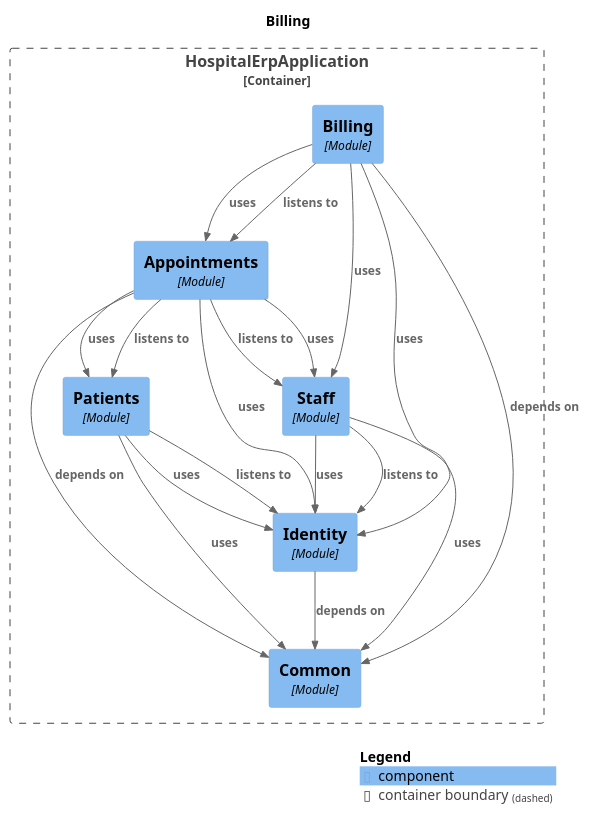
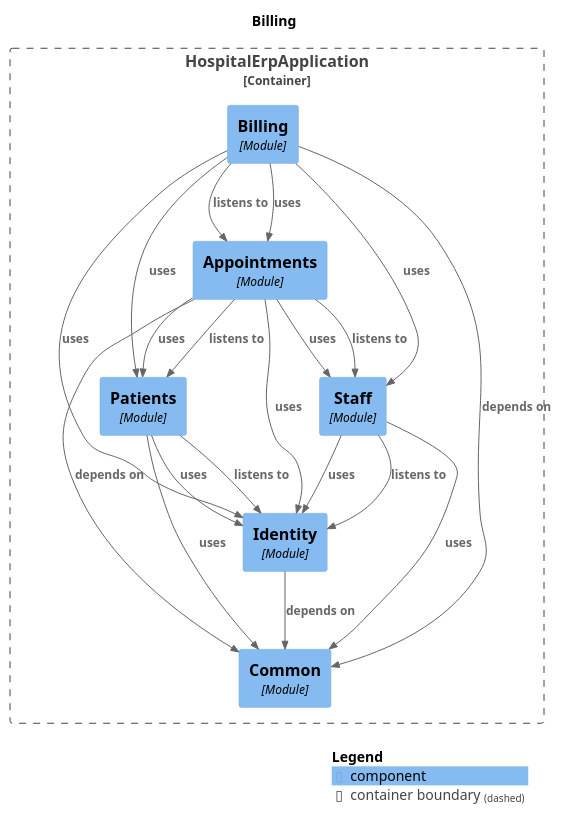
One commit to harshsharma5720/HospitalERP changed the diagram in docs/modules/module-billing.puml. Above: the diagram before and after it, drawn with PlantUML. The commit also changed 13 other files, not shown here.

```diff
--- a/docs/modules/module-billing.puml
+++ b/docs/modules/module-billing.puml
@@ -1,40 +1,41 @@
 @startuml
 set separator none
 title Billing
 
 top to bottom direction
 
 !include <C4/C4>
 !include <C4/C4_Context>
 !include <C4/C4_Component>
 
 Container_Boundary("HospitalErpApplication.HospitalErpApplication_boundary", "HospitalErpApplication", $tags="") {
   Component(HospitalErpApplication.HospitalErpApplication.Appointments, "Appointments", $techn="Module", $descr="", $tags="", $link="")
   Component(HospitalErpApplication.HospitalErpApplication.Billing, "Billing", $techn="Module", $descr="", $tags="", $link="")
   Component(HospitalErpApplication.HospitalErpApplication.Common, "Common", $techn="Module", $descr="", $tags="", $link="")
   Component(HospitalErpApplication.HospitalErpApplication.Identity, "Identity", $techn="Module", $descr="", $tags="", $link="")
   Component(HospitalErpApplication.HospitalErpApplication.Staff, "Staff", $techn="Module", $descr="", $tags="", $link="")
   Component(HospitalErpApplication.HospitalErpApplication.Patients, "Patients", $techn="Module", $descr="", $tags="", $link="")
 }
 
+Rel(HospitalErpApplication.HospitalErpApplication.Staff, HospitalErpApplication.HospitalErpApplication.Identity, "listens to", $techn="", $tags="", $link="")
+Rel(HospitalErpApplication.HospitalErpApplication.Staff, HospitalErpApplication.HospitalErpApplication.Identity, "uses", $techn="", $tags="", $link="")
+Rel(HospitalErpApplication.HospitalErpApplication.Staff, HospitalErpApplication.HospitalErpApplication.Common, "uses", $techn="", $tags="", $link="")
+Rel(HospitalErpApplication.HospitalErpApplication.Billing, HospitalErpApplication.HospitalErpApplication.Appointments, "listens to", $techn="", $tags="", $link="")
+Rel(HospitalErpApplication.HospitalErpApplication.Billing, HospitalErpApplication.HospitalErpApplication.Common, "depends on", $techn="", $tags="", $link="")
+Rel(HospitalErpApplication.HospitalErpApplication.Billing, HospitalErpApplication.HospitalErpApplication.Identity, "uses", $techn="", $tags="", $link="")
+Rel(HospitalErpApplication.HospitalErpApplication.Billing, HospitalErpApplication.HospitalErpApplication.Appointments, "uses", $techn="", $tags="", $link="")
+Rel(HospitalErpApplication.HospitalErpApplication.Billing, HospitalErpApplication.HospitalErpApplication.Staff, "uses", $techn="", $tags="", $link="")
+Rel(HospitalErpApplication.HospitalErpApplication.Billing, HospitalErpApplication.HospitalErpApplication.Patients, "uses", $techn="", $tags="", $link="")
 Rel(HospitalErpApplication.HospitalErpApplication.Patients, HospitalErpApplication.HospitalErpApplication.Identity, "listens to", $techn="", $tags="", $link="")
 Rel(HospitalErpApplication.HospitalErpApplication.Patients, HospitalErpApplication.HospitalErpApplication.Identity, "uses", $techn="", $tags="", $link="")
 Rel(HospitalErpApplication.HospitalErpApplication.Patients, HospitalErpApplication.HospitalErpApplication.Common, "uses", $techn="", $tags="", $link="")
-Rel(HospitalErpApplication.HospitalErpApplication.Identity, HospitalErpApplication.HospitalErpApplication.Common, "depends on", $techn="", $tags="", $link="")
-Rel(HospitalErpApplication.HospitalErpApplication.Staff, HospitalErpApplication.HospitalErpApplication.Identity, "listens to", $techn="", $tags="", $link="")
-Rel(HospitalErpApplication.HospitalErpApplication.Staff, HospitalErpApplication.HospitalErpApplication.Identity, "uses", $techn="", $tags="", $link="")
-Rel(HospitalErpApplication.HospitalErpApplication.Staff, HospitalErpApplication.HospitalErpApplication.Common, "uses", $techn="", $tags="", $link="")
 Rel(HospitalErpApplication.HospitalErpApplication.Appointments, HospitalErpApplication.HospitalErpApplication.Staff, "listens to", $techn="", $tags="", $link="")
 Rel(HospitalErpApplication.HospitalErpApplication.Appointments, HospitalErpApplication.HospitalErpApplication.Patients, "listens to", $techn="", $tags="", $link="")
 Rel(HospitalErpApplication.HospitalErpApplication.Appointments, HospitalErpApplication.HospitalErpApplication.Common, "depends on", $techn="", $tags="", $link="")
 Rel(HospitalErpApplication.HospitalErpApplication.Appointments, HospitalErpApplication.HospitalErpApplication.Patients, "uses", $techn="", $tags="", $link="")
 Rel(HospitalErpApplication.HospitalErpApplication.Appointments, HospitalErpApplication.HospitalErpApplication.Staff, "uses", $techn="", $tags="", $link="")
 Rel(HospitalErpApplication.HospitalErpApplication.Appointments, HospitalErpApplication.HospitalErpApplication.Identity, "uses", $techn="", $tags="", $link="")
-Rel(HospitalErpApplication.HospitalErpApplication.Billing, HospitalErpApplication.HospitalErpApplication.Appointments, "listens to", $techn="", $tags="", $link="")
-Rel(HospitalErpApplication.HospitalErpApplication.Billing, HospitalErpApplication.HospitalErpApplication.Common, "depends on", $techn="", $tags="", $link="")
-Rel(HospitalErpApplication.HospitalErpApplication.Billing, HospitalErpApplication.HospitalErpApplication.Identity, "uses", $techn="", $tags="", $link="")
-Rel(HospitalErpApplication.HospitalErpApplication.Billing, HospitalErpApplication.HospitalErpApplication.Appointments, "uses", $techn="", $tags="", $link="")
-Rel(HospitalErpApplication.HospitalErpApplication.Billing, HospitalErpApplication.HospitalErpApplication.Staff, "uses", $techn="", $tags="", $link="")
+Rel(HospitalErpApplication.HospitalErpApplication.Identity, HospitalErpApplication.HospitalErpApplication.Common, "depends on", $techn="", $tags="", $link="")
 
 SHOW_LEGEND(true)
 @enduml
```
